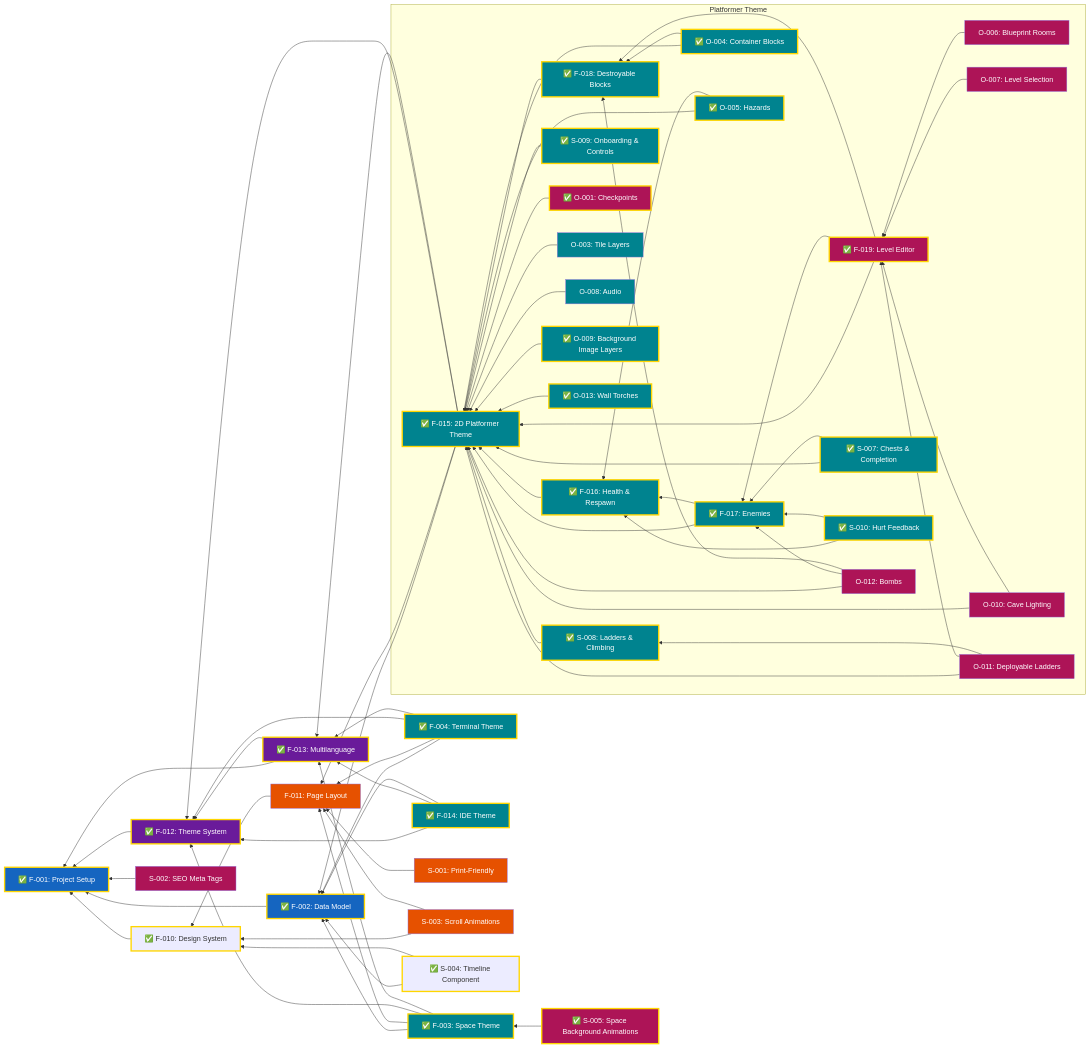
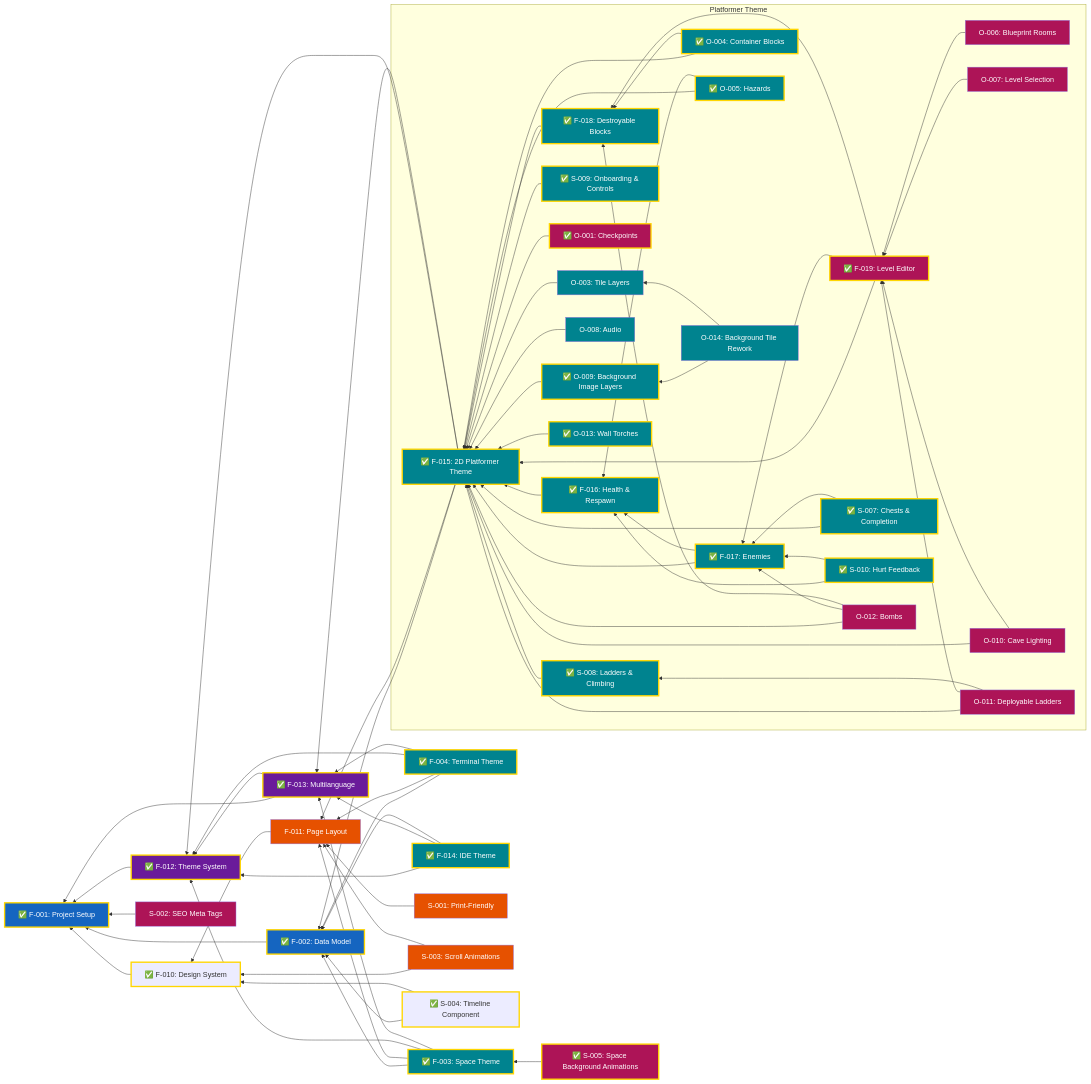
Before and after one commit to garcipat/cv-website: the diagram in docs/Features.md, drawn with Mermaid. The commit also changed other lines of this file and 12 other files, not shown here.

````diff
--- a/docs/Features.md
+++ b/docs/Features.md
@@ -148,6 +150,7 @@
         O011["O-011: Deployable Ladders"]
         O012["O-012: Bombs"]
         O013["✅ O-013: Wall Torches"]
+        O014["O-014: Background Tile Rework"]
     end
 
     F003 --> F002
@@ -210,6 +213,8 @@
     O012 --> F018
     O001 --> F015
     O013 --> F015
+    O014 --> O009
+    O014 --> O003
 
     classDef done stroke:#FFD600,stroke-width:3px
     classDef projectSetup fill:#1565C0,color:#ffffff
@@ -234,8 +239,9 @@
     class S002,S005,O001 enhancements
     class O001 done
     class S005 done
-    class F015,F016,F017,F018,S007,S008,S009,S010,O003,O004,O005,O008,O009,O013 themes
+    class F015,F016,F017,F018,S007,S008,S009,S010,O003,O004,O005,O008,O009,O013,O014 themes
     class F019,O006,O007,O010,O011,O012 enhancements
     class F015,F016,F017,F018,F019,S007,S008,S009,S010,O004,O005,O009 done
     class O013 done
+    class O014 themes
 ```
````
